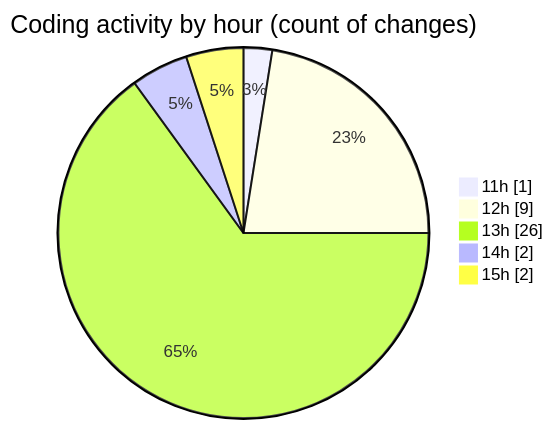
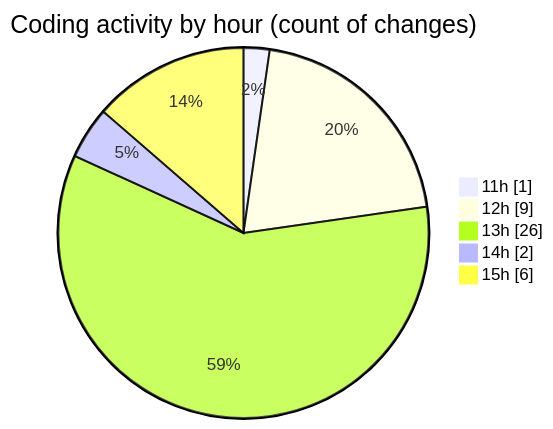
One commit to nxtqubesakshisongat/code-tracking changed the second of 2 diagrams in 2025-11-04/nxtqube_webapp/README.md. Above: the diagram before and after it, drawn with Mermaid. The commit also changed other lines of this file and 1 other file, not shown here.

````diff
--- a/2025-11-04/nxtqube_webapp/README.md
+++ b/2025-11-04/nxtqube_webapp/README.md
@@ -31,9 +32,9 @@
 ```mermaid
 pie showData
 title Coding activity by hour (count of changes)
 "11h" : 1
 "12h" : 9
 "13h" : 26
 "14h" : 2
-"15h" : 2
+"15h" : 6
 ```
````
